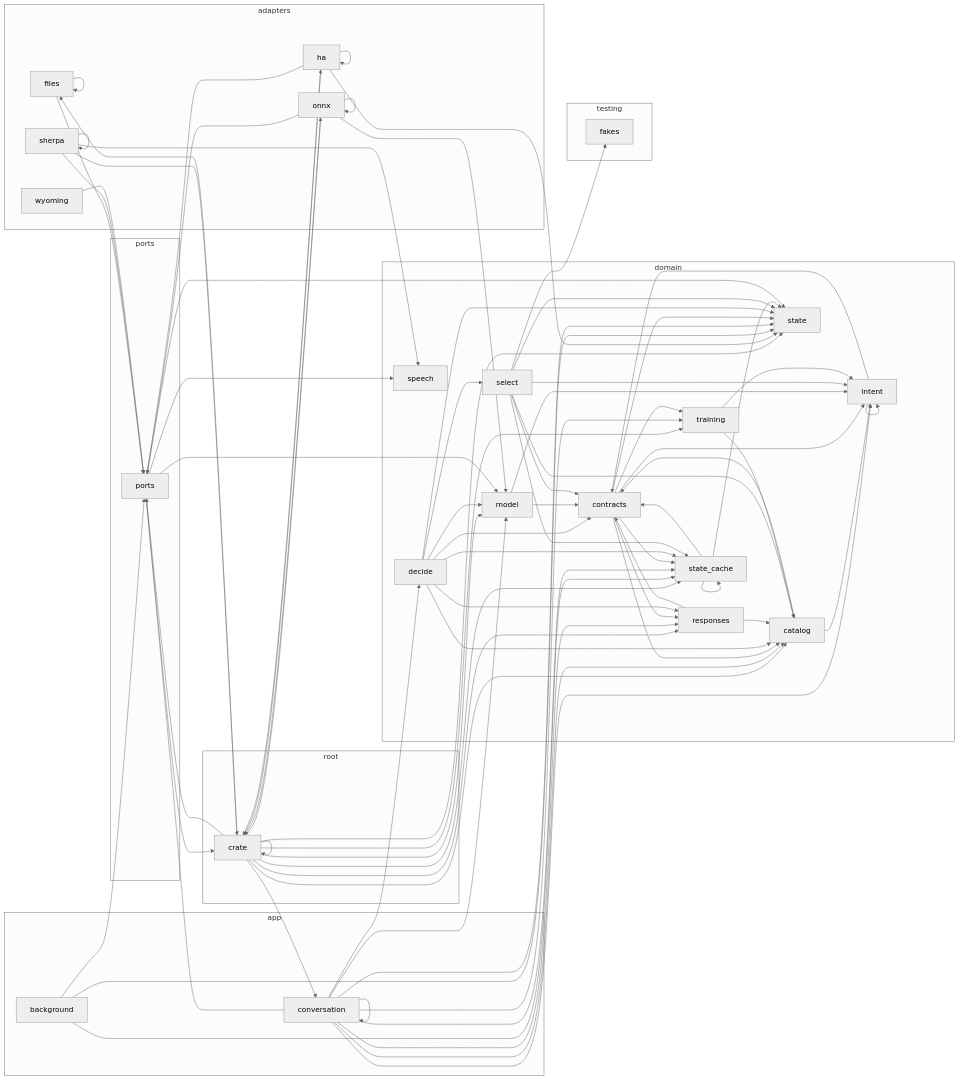
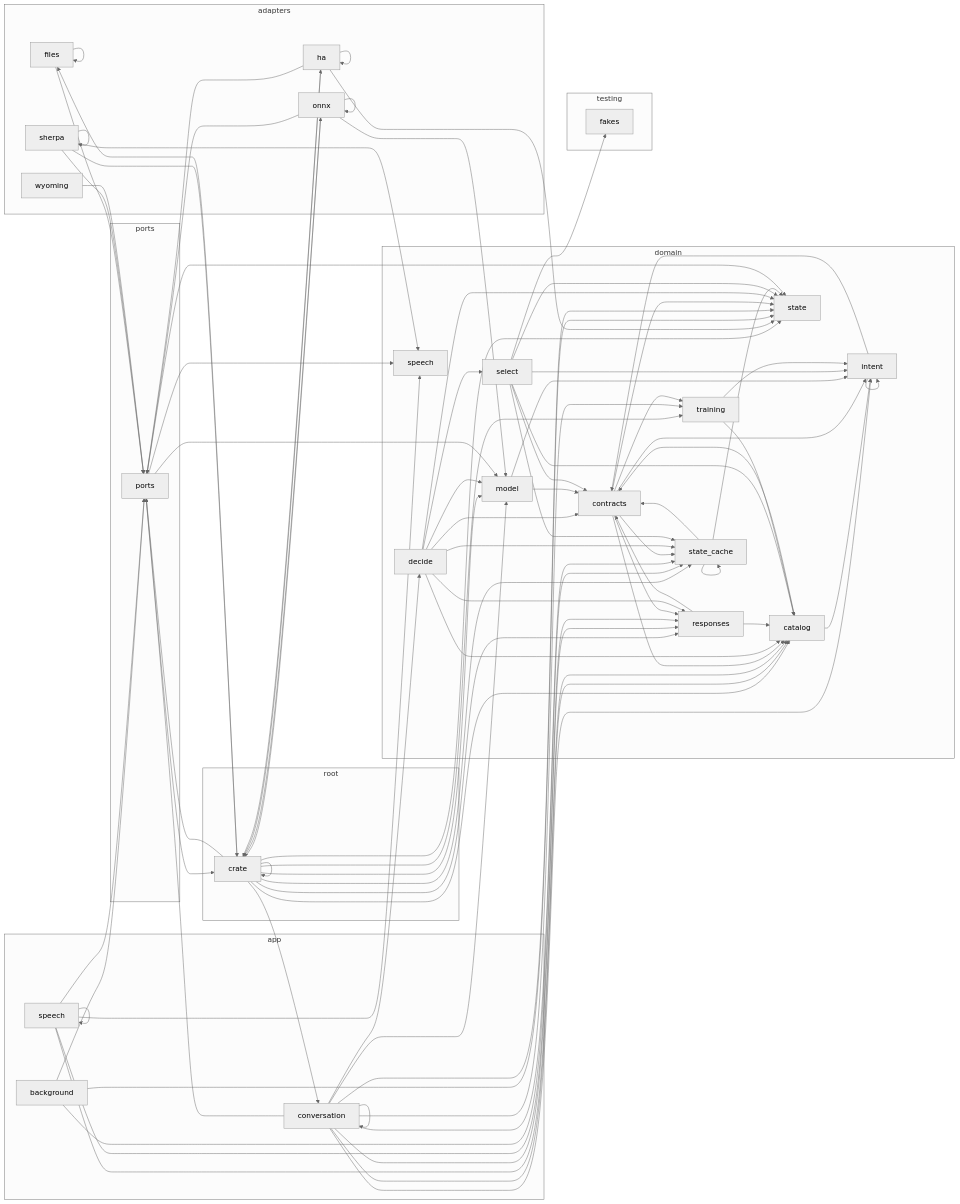
The diagram in docs/architecture.md (louislang/ha-jarvis), drawn with Mermaid (neutral theme) before and after one commit. The commit also changed 6 other files, not shown here.

```diff
--- a/docs/architecture.md
+++ b/docs/architecture.md
@@ -14,6 +14,7 @@
     subgraph app
         crate_app_background[background]
         crate_app_conversation[conversation]
+        crate_app_speech[speech]
     end
     subgraph domain
         crate_domain_catalog[catalog]
@@ -77,6 +78,11 @@
     crate_app_conversation --> crate_domain_state_cache
     crate_app_conversation --> crate_domain_training
     crate_app_conversation --> crate_ports
+    crate_app_speech --> crate_app_speech
+    crate_app_speech --> crate_domain_catalog
+    crate_app_speech --> crate_domain_responses
+    crate_app_speech --> crate_domain_speech
+    crate_app_speech --> crate_ports
     crate_domain_catalog --> crate_domain_contracts
     crate_domain_catalog --> crate_domain_intent
     crate_domain_contracts --> crate_domain_catalog
```
